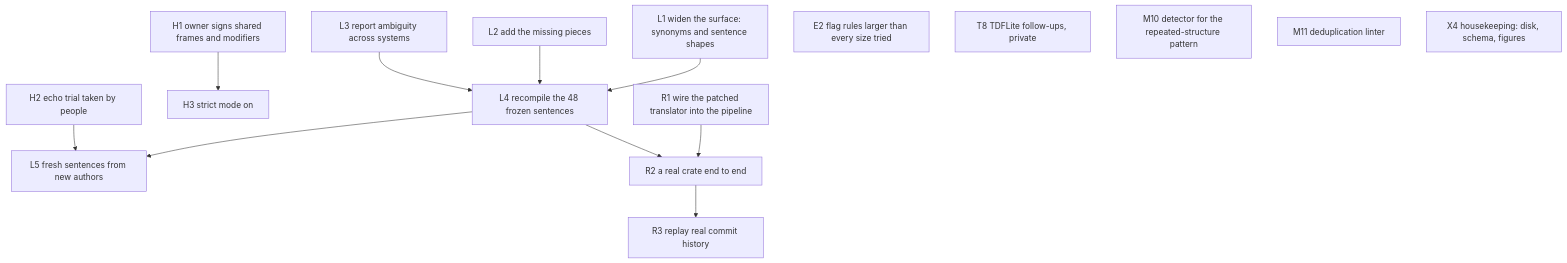
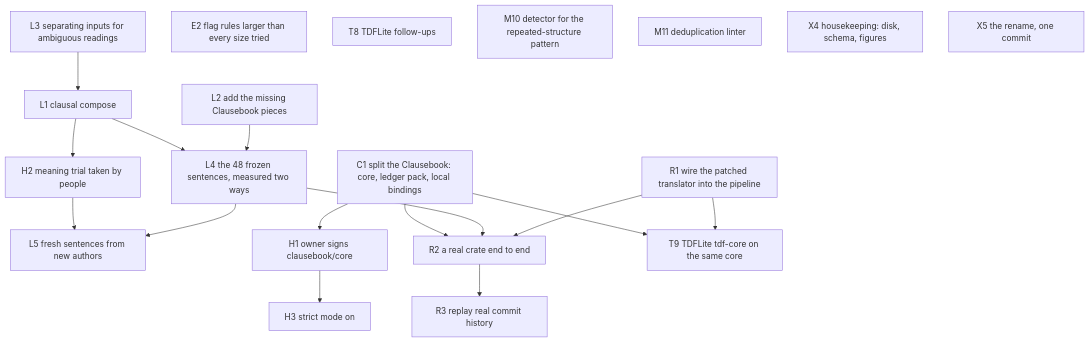
One commit to willackerly/clausal changed the first of 2 diagrams in docs/PLAN.md. Above: the diagram before and after it, drawn with Mermaid. The commit also changed other lines of this file and 8 other files, not shown here.

First line of the commit message:
Fold in Clausal identity; move phase 2 plan, handoff, architecture and TODO to the Clausal / Clausebook framing

````diff
--- a/docs/PLAN.md
+++ b/docs/PLAN.md
@@ -35,17 +50,23 @@
 ```mermaid
 graph TD
-  L1[L1 widen the surface: synonyms and sentence shapes] --> L4[L4 recompile the 48 frozen sentences]
-  L2[L2 add the missing pieces] --> L4
-  L3[L3 report ambiguity across systems] --> L4
+  L2[L2 add the missing Clausebook pieces] --> L4[L4 the 48 frozen sentences, measured two ways]
+  L3[L3 separating inputs for ambiguous readings] --> L1[L1 clausal compose]
+  L1 --> L4
   L4 --> L5[L5 fresh sentences from new authors]
-  H1[H1 owner signs shared frames and modifiers] --> H3[H3 strict mode on]
-  H2[H2 echo trial taken by people] --> L5
+  C1[C1 split the Clausebook: core, ledger pack, local bindings] --> H1[H1 owner signs clausebook/core]
+  H1 --> H3[H3 strict mode on]
+  L1 --> H2[H2 meaning trial taken by people]
+  H2 --> L5
   R1[R1 wire the patched translator into the pipeline] --> R2[R2 a real crate end to end]
   L4 --> R2
+  C1 --> R2
   R2 --> R3[R3 replay real commit history]
+  R1 --> T9[T9 TDFLite tdf-core on the same core]
+  C1 --> T9
   E2[E2 flag rules larger than every size tried]
-  T8[T8 TDFLite follow-ups, private]
+  T8[T8 TDFLite follow-ups]
   M10[M10 detector for the repeated-structure pattern]
   M11[M11 deduplication linter]
   X4[X4 housekeeping: disk, schema, figures]
+  X5[X5 the rename, one commit]
 ```
````
